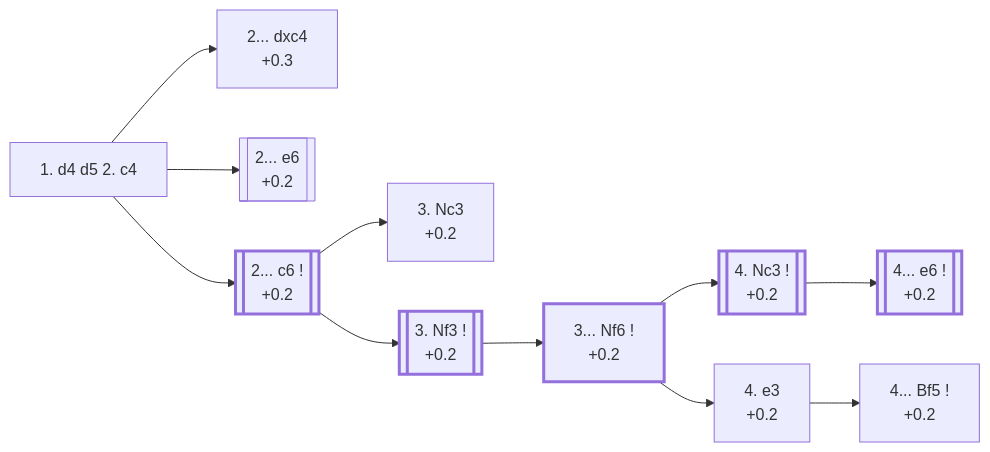
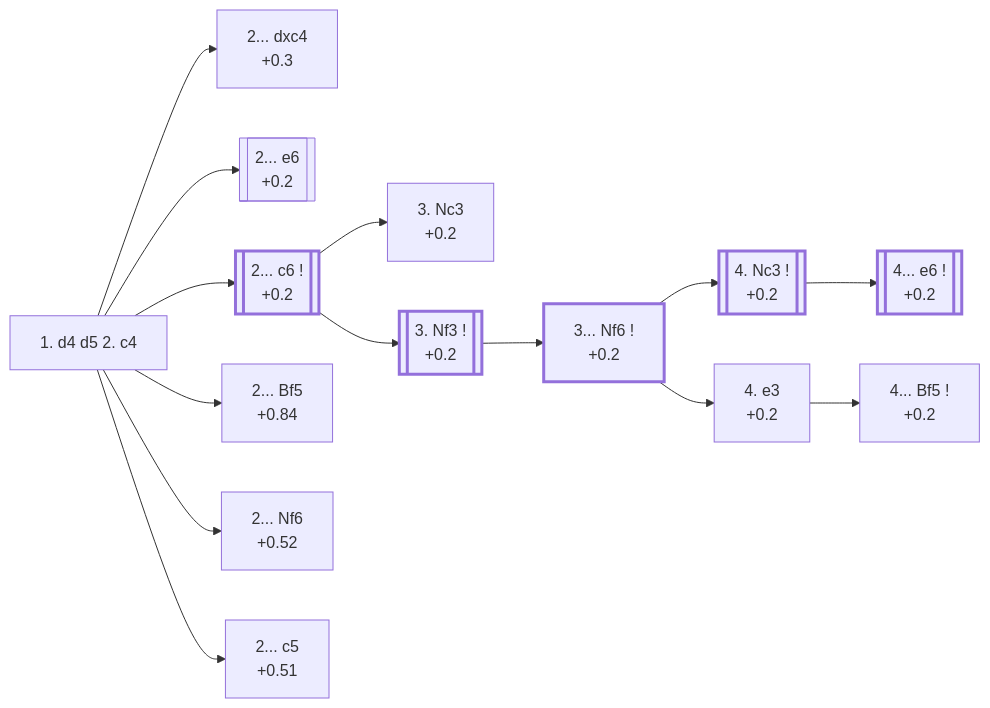
Before and after one commit to onclemarcel/chess_flashcards: the diagram in d4_openings/D06_Queens_Gambit.md, drawn with Mermaid. The commit also changed other lines of this file and 14 other files, not shown here.

````diff
--- a/d4_openings/D06_Queens_Gambit.md
+++ b/d4_openings/D06_Queens_Gambit.md
@@ -12,32 +12,38 @@
 ```mermaid
 flowchart LR
     classDef main stroke-width:3px;
 
     c4["1. d4 d5 2. c4"]
     click c4 "#_c4_" "D06 · Queen's Gambit"
 
     c4 --> dxc4a["2... dxc4<br/>+0.3"]
     click dxc4a "#_dxc4_" "D20 · Queen's Gambit Accepted"
     c4 --> e6a[["2... e6<br/>+0.2"]]
     click e6a "#_e6_" "D30 · Queen's Gambit Declined"
     c4 --> c6a[["2... c6 !<br/>+0.2"]]:::main
     click c6a "#_c6_" "D10 · Slav Defense"
+    c4 --> Bf5d["2... Bf5<br/>+0.84"]
+    click Bf5d "#_Bf5_" "D06 · Queen's Gambit Declined: Baltic Defense"
+    c4 --> Nf6d["2... Nf6<br/>+0.52"]
+    click Nf6d "#_Nf6d_" "D06 · Queen's Gambit Declined: Marshall Defense"
+    c4 --> c5d["2... c5<br/>+0.51"]
+    click c5d "#_c5d_" "D06 · Queen's Gambit Declined: Austrian Defense"
 
     c6a --> Nc3b["3. Nc3<br/>+0.2"]
     click Nc3b "#_c6_Nc3_" "D10 · Slav Defense"
     c6a --> Nf3b[["3. Nf3 !<br/>+0.2"]]:::main
     click Nf3b "#_c6_Nf3_" "D11 · Slav Defense: Modern Line"
 
     Nf3b --> Nf6c["3... Nf6 !<br/>+0.2"]:::main
     click Nf6c "#_c6_Nf3_Nf6_" "D11 · Slav Defense: Modern Line"
 
     Nf6c --> Nc3c[["4. Nc3 !<br/>+0.2"]]:::main
     click Nc3c "#_c6_Nf3_Nc3_" "D15 · Slav Defense: Three Knights Variation"
     Nf6c --> e3c["4. e3<br/>+0.2"]
     click e3c "#_c6_Nf3_e3_" "D11 · Slav Defense: Quiet Variation"
 
     Nc3c --> e6c[["4... e6 !<br/>+0.2"]]:::main
     click e6c "#_c6_Nf3_Nc3_" "D15 · Slav Defense: Three Knights Variation"
     e3c --> Bf5c["4... Bf5 !<br/>+0.2"]
     click Bf5c "#_c6_Nf3_e3_" "D11 · Slav Defense: Quiet Variation"
 ```
````
